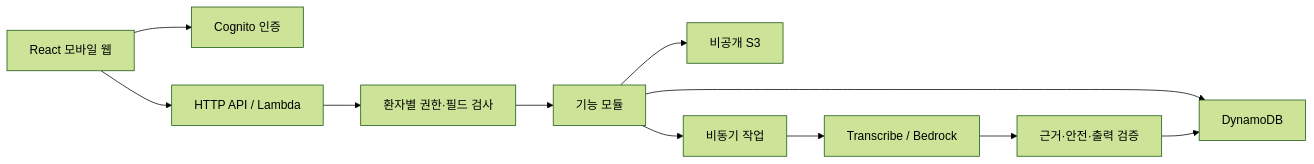
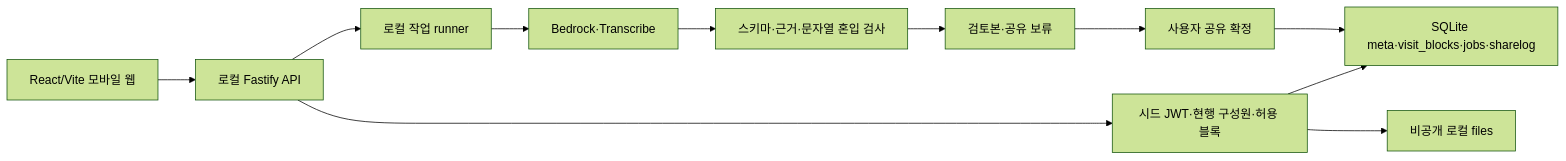
Before and after one commit to Solquick24/baton-prework: the diagram in docs/architecture.md, drawn with Mermaid (forest theme). The commit also changed other lines of this file and 16 other files, not shown here.

````diff
--- a/docs/architecture.md
+++ b/docs/architecture.md
@@ -5,13 +6,13 @@
 ```mermaid
 flowchart LR
-    Web[React 모바일 웹] --> Auth[Cognito 인증]
-    Web --> API[HTTP API / Lambda]
-    API --> Policy[환자별 권한·필드 검사]
-    Policy --> Modules[기능 모듈]
-    Modules --> DB[DynamoDB]
-    Modules --> Files[비공개 S3]
-    Modules --> Jobs[비동기 작업]
-    Jobs --> AI[Transcribe / Bedrock]
-    AI --> Check[근거·안전·출력 검증]
-    Check --> DB
+    Web[React/Vite 모바일 웹] --> API[로컬 Fastify API]
+    API --> Auth[시드 JWT·현행 구성원·허용 블록]
+    Auth --> DB[SQLite meta·visit_blocks·jobs·sharelog]
+    Auth --> Files[비공개 로컬 files]
+    API --> Worker[로컬 작업 runner]
+    Worker --> AWS[Bedrock·Transcribe]
+    AWS --> Check[스키마·근거·문자열 혼입 검사]
+    Check --> Draft[검토본·공유 보류]
+    Draft --> Share[사용자 공유 확정]
+    Share --> DB
 ```
````
